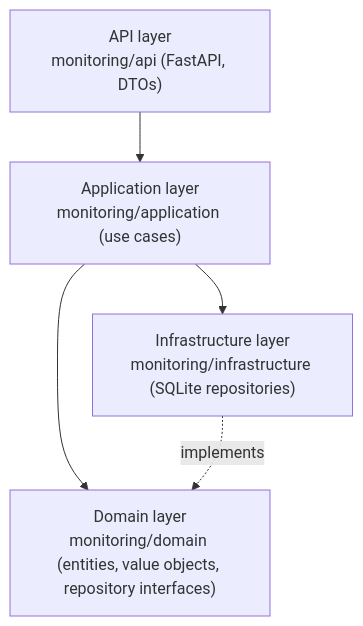
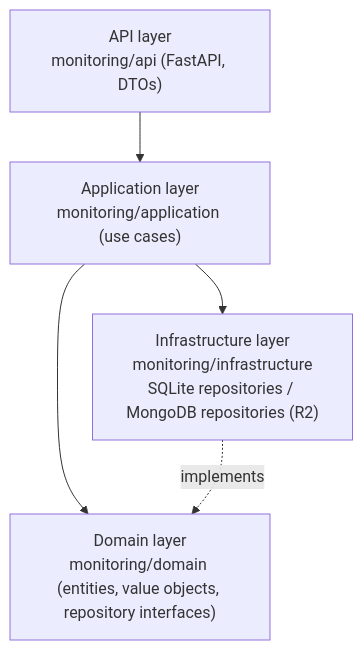
Before and after one commit to jamshideftekhari/IOTDataMonitoringE2026: the fourth of 10 diagrams in DESIGN.md, drawn with Mermaid. The commit also changed other lines of this file and 22 other files, not shown here.

````diff
--- a/DESIGN.md
+++ b/DESIGN.md
@@ -235,7 +280,7 @@
 ```mermaid
 flowchart TB
     A["API layer<br/>monitoring/api (FastAPI, DTOs)"] --> B["Application layer<br/>monitoring/application (use cases)"]
     B --> C["Domain layer<br/>monitoring/domain (entities, value objects, repository interfaces)"]
-    D["Infrastructure layer<br/>monitoring/infrastructure (SQLite repositories)"] -. implements .-> C
+    D["Infrastructure layer<br/>monitoring/infrastructure<br/>SQLite repositories / MongoDB repositories (R2)"] -. implements .-> C
     B --> D
 ```
````
